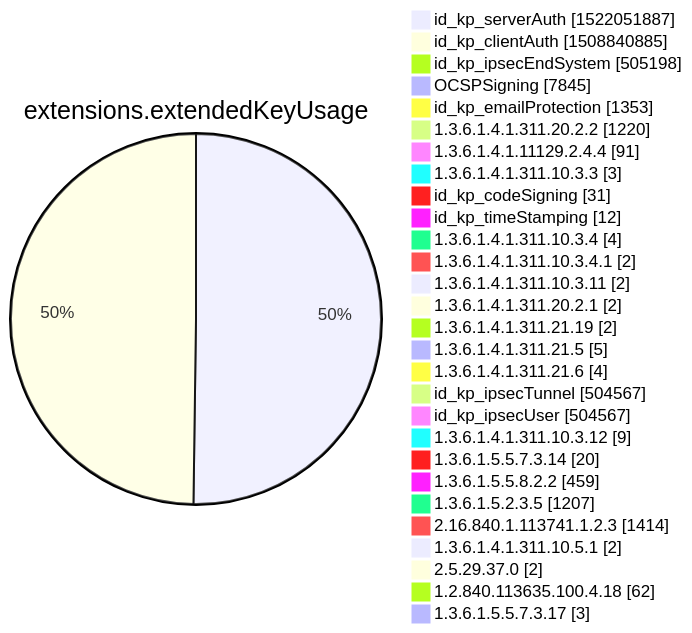
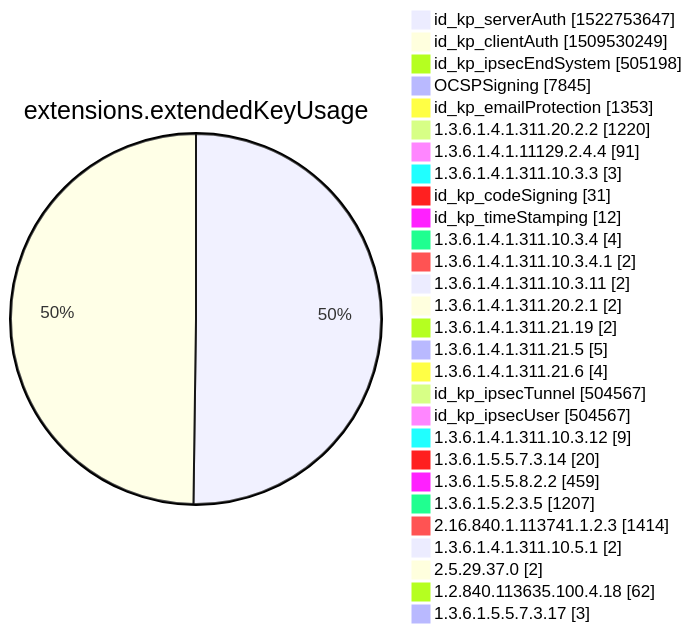
Diagram 12 of 15 in xenon2022/README.md (christiankrug/ctmonitor_visualization), drawn with Mermaid before and after one commit. The commit also changed other lines of this file, not shown here.

````diff
--- a/xenon2022/README.md
+++ b/xenon2022/README.md
@@ -3877,32 +3877,32 @@
 ```mermaid
 pie showData
 title extensions.extendedKeyUsage
-"id_kp_serverAuth" :1522051887
-"id_kp_clientAuth" :1508840885
+"id_kp_serverAuth" :1522753647
+"id_kp_clientAuth" :1509530249
 "id_kp_ipsecEndSystem" :505198
 "OCSPSigning" :7845
 "id_kp_emailProtection" :1353
 "1.3.6.1.4.1.311.20.2.2" :1220
 "1.3.6.1.4.1.11129.2.4.4" :91
 "1.3.6.1.4.1.311.10.3.3" :3
 "id_kp_codeSigning" :31
 "id_kp_timeStamping" :12
 "1.3.6.1.4.1.311.10.3.4" :4
 "1.3.6.1.4.1.311.10.3.4.1" :2
 "1.3.6.1.4.1.311.10.3.11" :2
 "1.3.6.1.4.1.311.20.2.1" :2
 "1.3.6.1.4.1.311.21.19" :2
 "1.3.6.1.4.1.311.21.5" :5
 "1.3.6.1.4.1.311.21.6" :4
 "id_kp_ipsecTunnel" :504567
 "id_kp_ipsecUser" :504567
 "1.3.6.1.4.1.311.10.3.12" :9
 "1.3.6.1.5.5.7.3.14" :20
 "1.3.6.1.5.5.8.2.2" :459
 "1.3.6.1.5.2.3.5" :1207
 "2.16.840.1.113741.1.2.3" :1414
 "1.3.6.1.4.1.311.10.5.1" :2
 "2.5.29.37.0" :2
 "1.2.840.113635.100.4.18" :62
 "1.3.6.1.5.5.7.3.17" :3
 ```
````
